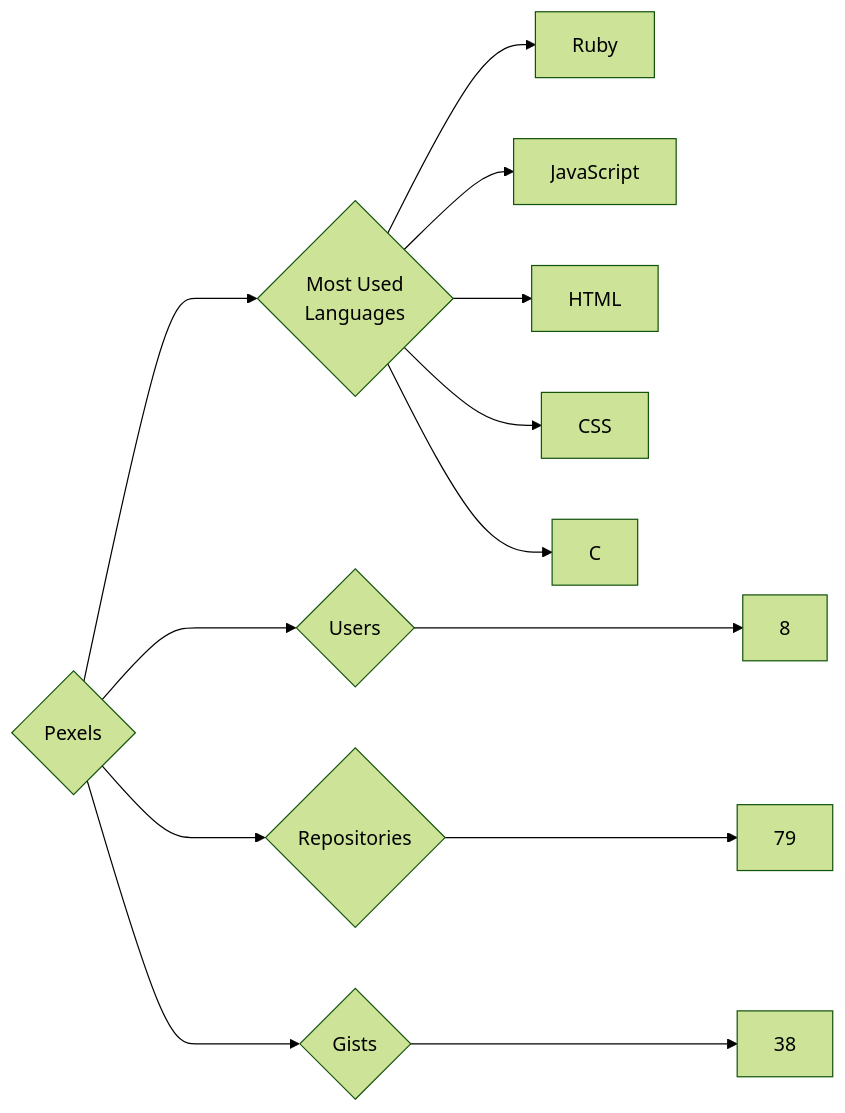
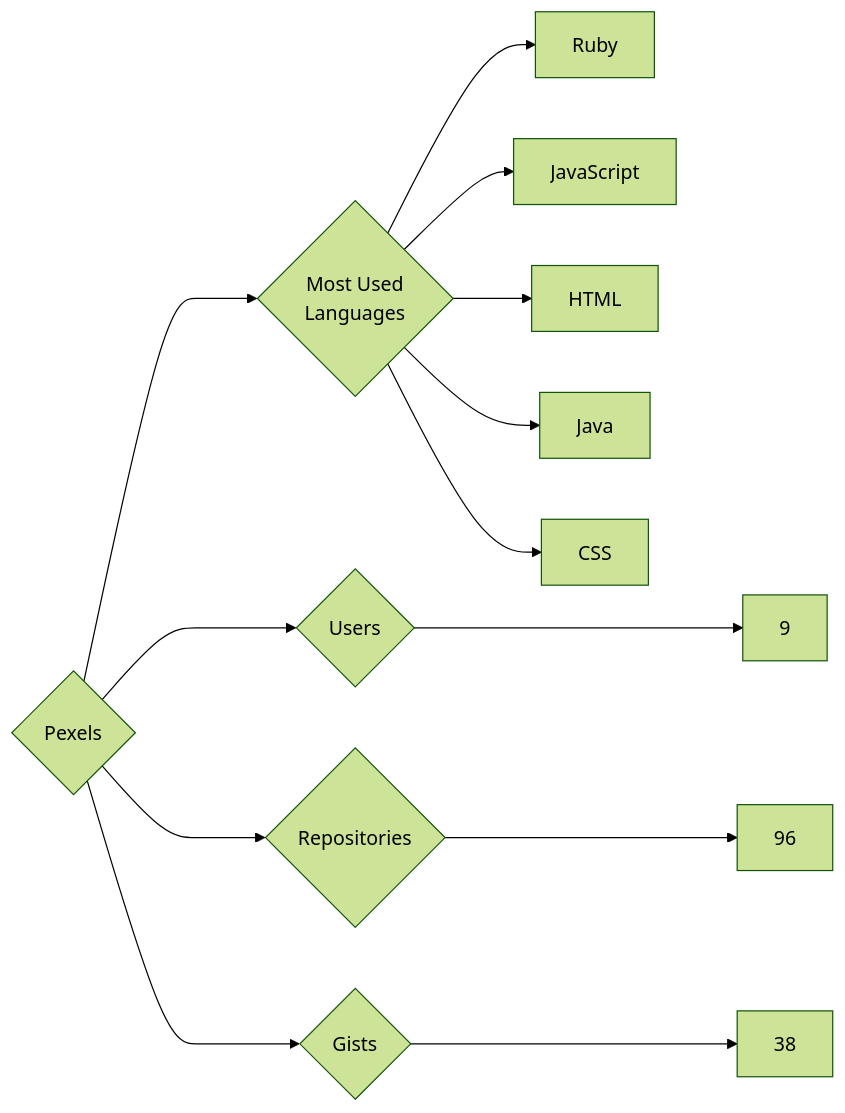
One commit to trickest/insiders changed the diagram in targets/Pexels/README.md. Above: the diagram before and after it, drawn with Mermaid (forest theme). The commit also changed 715 other files, not shown here.

````diff
--- a/targets/Pexels/README.md
+++ b/targets/Pexels/README.md
@@ -3,13 +3,13 @@
 ```mermaid
 graph LR
 COMPANY_NAME{Pexels}
-COMPANY_NAME ---> U{Users} ---> UN[8]
-COMPANY_NAME ---> R{Repositories} ---> RN[79]
+COMPANY_NAME ---> U{Users} ---> UN[9]
+COMPANY_NAME ---> R{Repositories} ---> RN[96]
 COMPANY_NAME ---> G{Gists} ---> GN[38]
 COMPANY_NAME ---> ML{Most Used<br>Languages}
 ML --> Ruby[Ruby]
 ML --> JavaScript[JavaScript]
 ML --> HTML[HTML]
+ML --> Java[Java]
 ML --> CSS[CSS]
-ML --> C[C]
 ```
````
